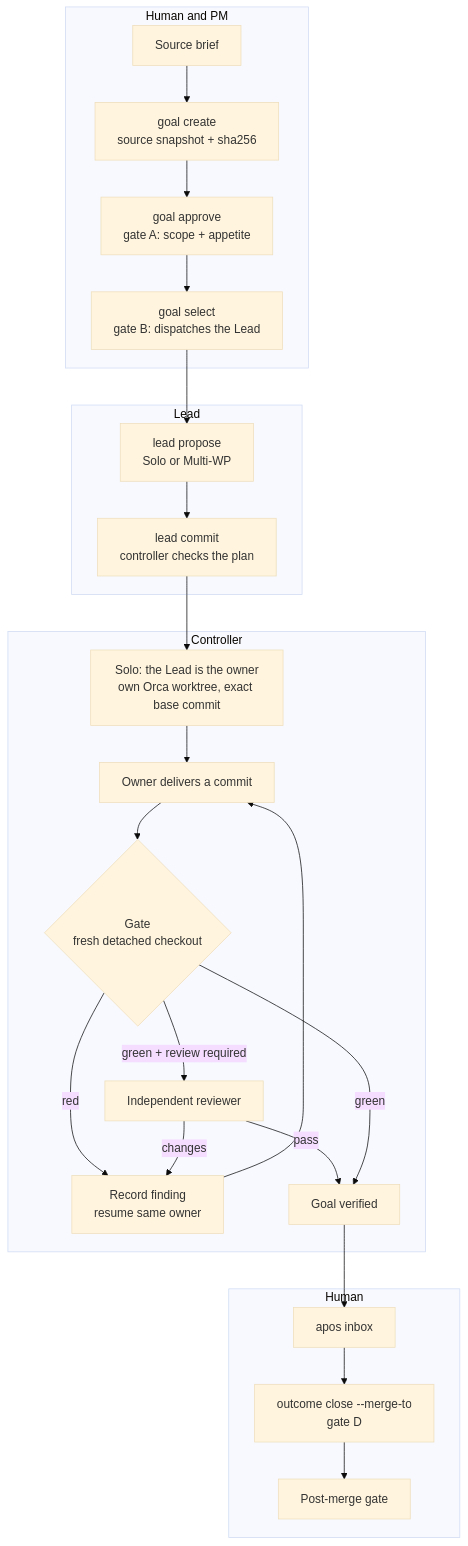
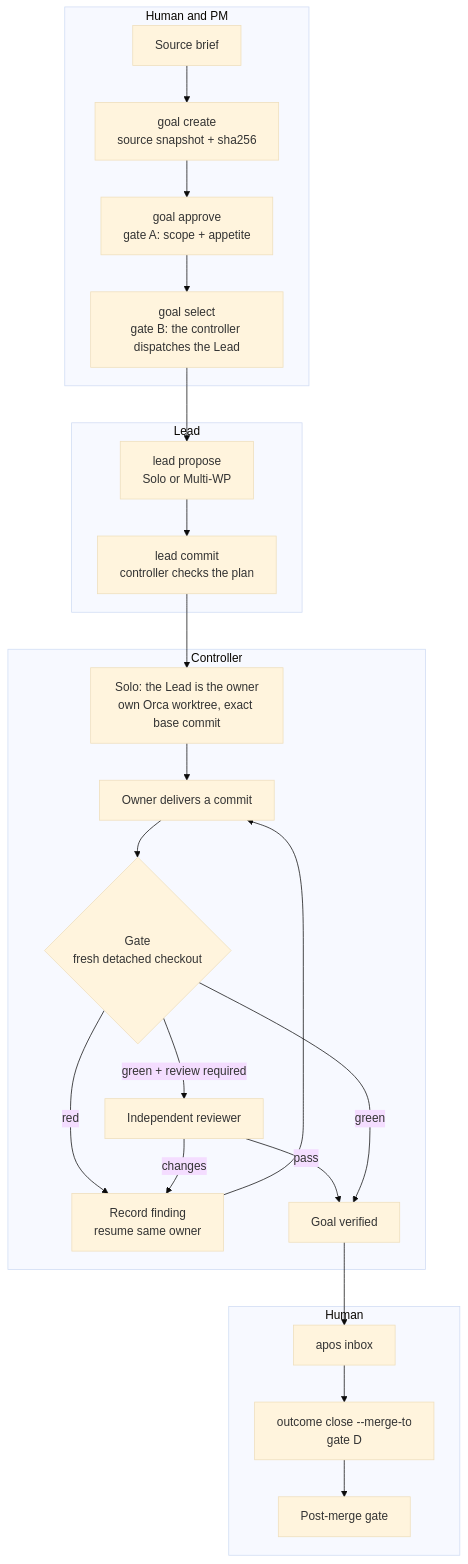
Before and after one commit to Kaiser1308/APOS: the diagram in README.md, drawn with Mermaid (base theme). The commit also changed other lines of this file and 38 other files, not shown here.

````diff
--- a/README.md
+++ b/README.md
@@ -71,28 +71,28 @@
 ```mermaid
 flowchart TD
     subgraph Human1["Human and PM"]
         A[Source brief] --> B[goal create<br/>source snapshot + sha256]
         B --> C[goal approve<br/>gate A: scope + appetite]
-        C --> D[goal select<br/>gate B: dispatches the Lead]
+        C --> D[goal select<br/>gate B: the controller dispatches the Lead]
     end
     subgraph Lead["Lead"]
         D --> E[lead propose<br/>Solo or Multi-WP]
         E --> F[lead commit<br/>controller checks the plan]
     end
     subgraph Ctl["Controller"]
         F --> G[Solo: the Lead is the owner<br/>own Orca worktree, exact base commit]
         G --> H[Owner delivers a commit]
         H --> I{Gate<br/>fresh detached checkout}
         I -- red --> K[Record finding<br/>resume same owner]
         K --> H
         I -- green + review required --> L[Independent reviewer]
         L -- changes --> K
         L -- pass --> M[Goal verified]
         I -- green --> M
     end
     subgraph Human2["Human"]
         M --> N[apos inbox]
         N --> O[outcome close --merge-to<br/>gate D]
         O --> P[Post-merge gate]
     end
 ```
````
